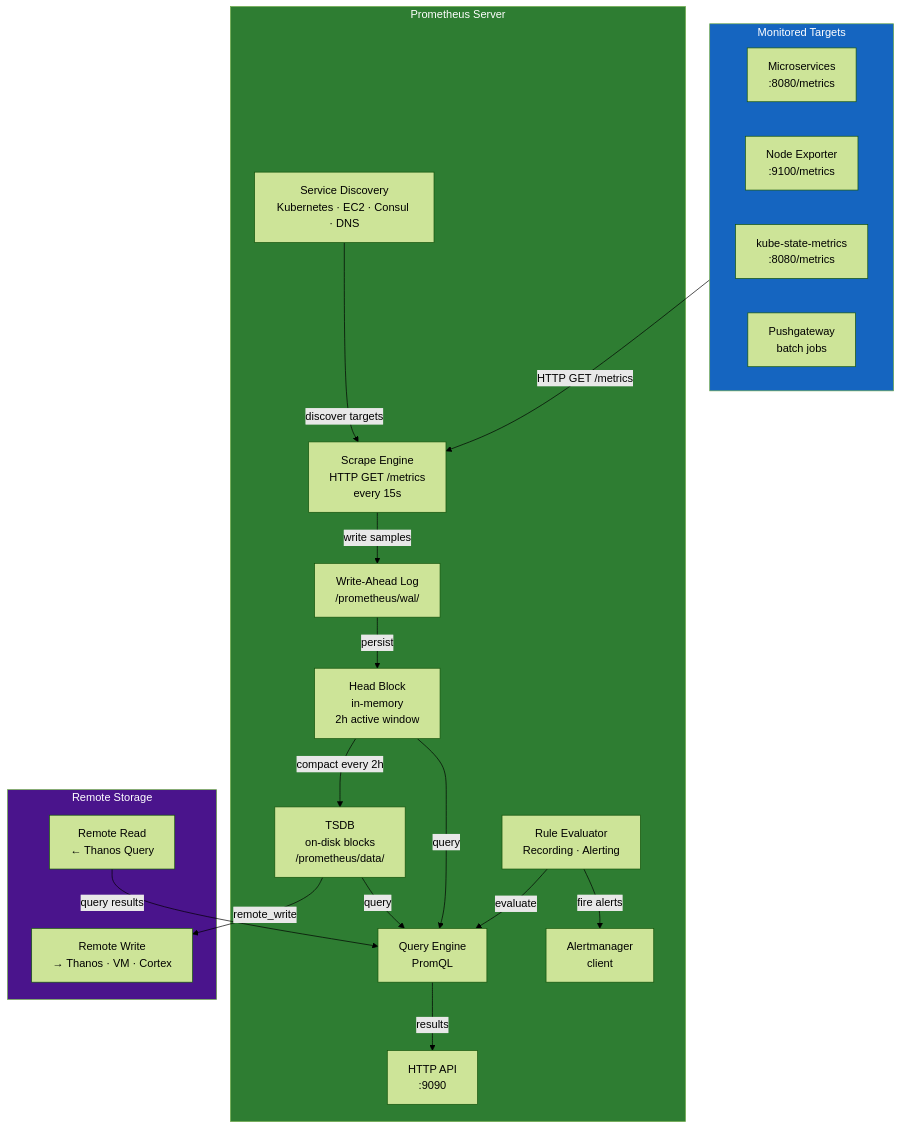
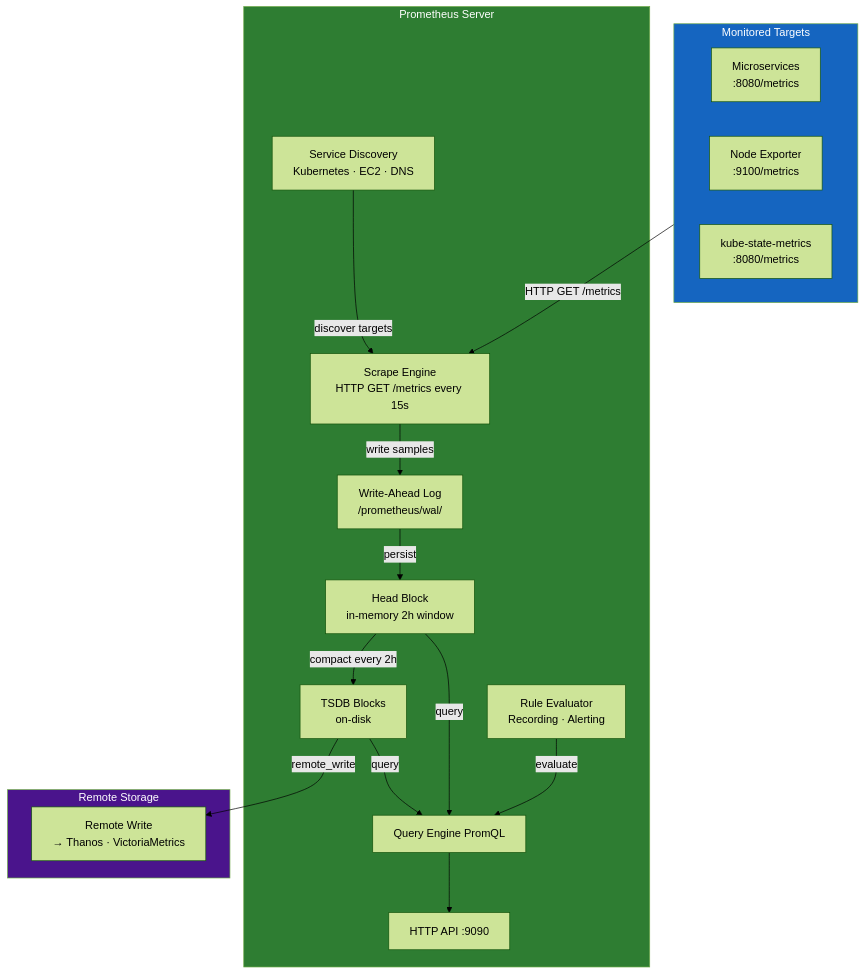
The first of 5 diagrams in docs/vi/03-prometheus/README.vi.md (XUanhoa04/aiops-engineering-handbook), drawn with Mermaid (forest theme) before and after one commit. The commit also changed other lines of this file and 3 other files, not shown here.

````diff
--- a/docs/vi/03-prometheus/README.vi.md
+++ b/docs/vi/03-prometheus/README.vi.md
@@ -96,43 +104,38 @@
 ```mermaid
 graph TD
     subgraph Targets["Monitored Targets"]
         SVC[Microservices\n:8080/metrics]
         NODE[Node Exporter\n:9100/metrics]
         K8S[kube-state-metrics\n:8080/metrics]
-        PUSH[Pushgateway\nbatch jobs]
     end
 
     subgraph Prometheus["Prometheus Server"]
-        SD[Service Discovery\nKubernetes · EC2 · Consul · DNS]
-        SCRAPE[Scrape Engine\nHTTP GET /metrics\nevery 15s]
+        SD[Service Discovery\nKubernetes · EC2 · DNS]
+        SCRAPE[Scrape Engine\nHTTP GET /metrics every 15s]
         WAL[Write-Ahead Log\n/prometheus/wal/]
-        HEAD[Head Block\nin-memory\n2h active window]
-        TSDB[TSDB\non-disk blocks\n/prometheus/data/]
+        HEAD[Head Block\nin-memory 2h window]
+        TSDB[TSDB Blocks\non-disk]
         RULES[Rule Evaluator\nRecording · Alerting]
-        QENG[Query Engine\nPromQL]
-        API[HTTP API\n:9090]
-        AM[Alertmanager\nclient]
+        QENG[Query Engine PromQL]
+        API[HTTP API :9090]
     end
 
     subgraph Remote["Remote Storage"]
-        RW[Remote Write\n→ Thanos · VM · Cortex]
-        RR[Remote Read\n← Thanos Query]
+        RW[Remote Write\n→ Thanos · VictoriaMetrics]
     end
 
     SD -->|discover targets| SCRAPE
     Targets -->|HTTP GET /metrics| SCRAPE
     SCRAPE -->|write samples| WAL
     WAL -->|persist| HEAD
     HEAD -->|compact every 2h| TSDB
     TSDB -->|query| QENG
     HEAD -->|query| QENG
-    QENG -->|results| API
+    QENG --> API
     RULES -->|evaluate| QENG
-    RULES -->|fire alerts| AM
     TSDB -->|remote_write| RW
-    RR -->|query results| QENG
 
     style Targets fill:#1565c0,color:#fff
     style Prometheus fill:#2e7d32,color:#fff
     style Remote fill:#4a148c,color:#fff
 ```
````
